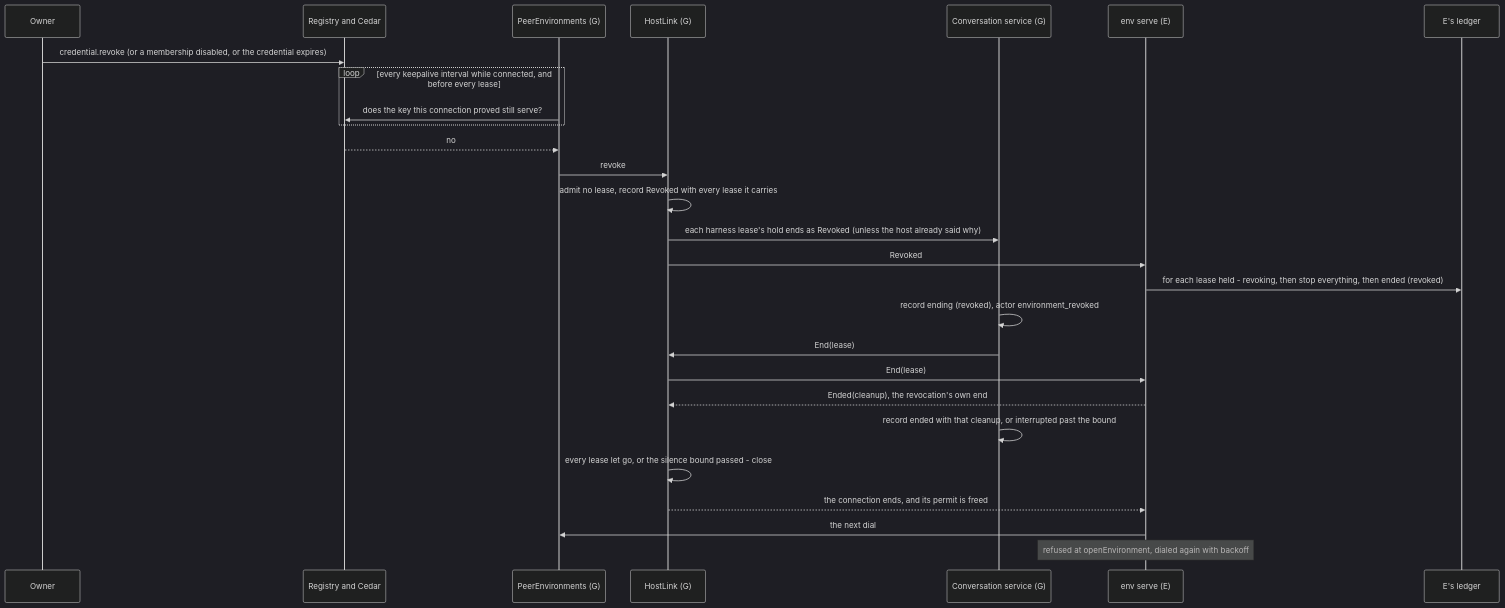
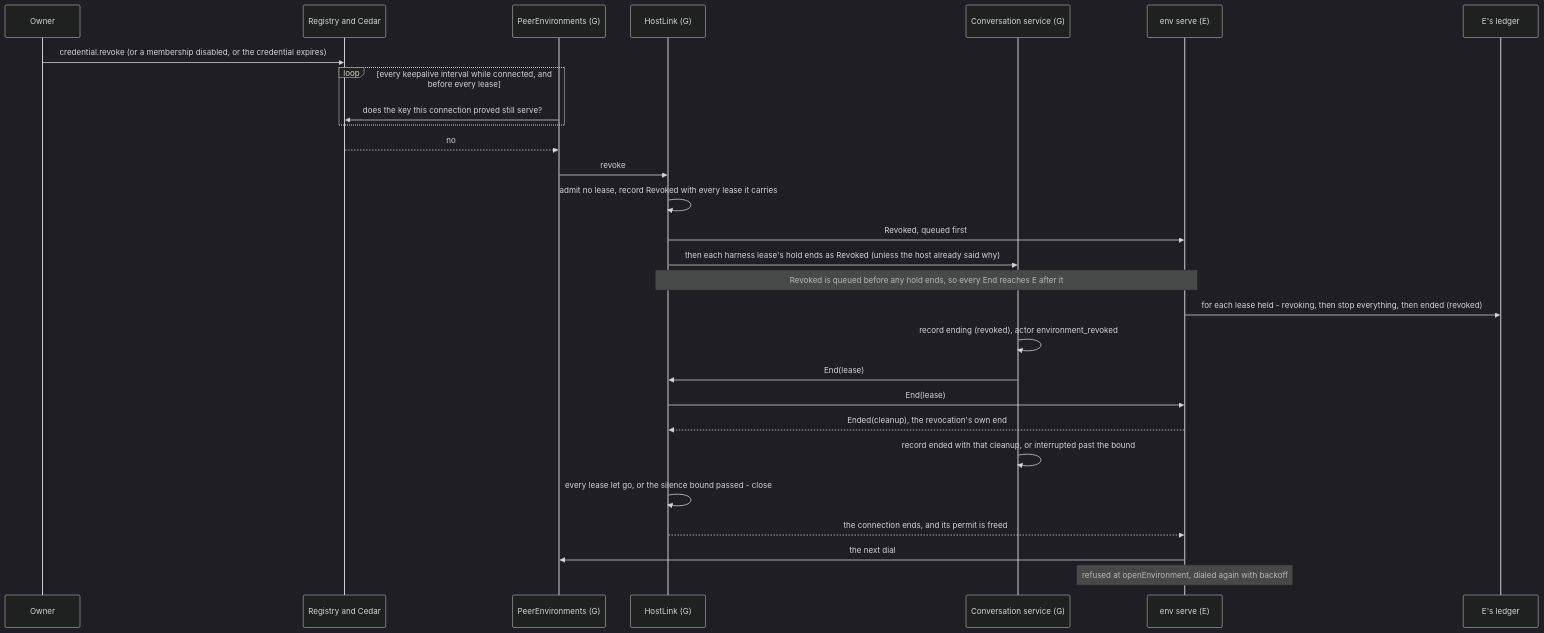
The third of 10 diagrams in docs/design/auth/peer-gateways.md (nessalabs/nessa-agent), drawn with Mermaid (dark theme) before and after one commit. The commit also changed other lines of this file and 8 other files, not shown here.

````diff
--- a/docs/design/auth/peer-gateways.md
+++ b/docs/design/auth/peer-gateways.md
@@ -269,29 +269,30 @@
 ```mermaid
 sequenceDiagram
     participant O as Owner
     participant S as Registry and Cedar
     participant P as PeerEnvironments (G)
     participant L as HostLink (G)
     participant C as Conversation service (G)
     participant E as env serve (E)
     participant J as E's ledger
     O->>S: credential.revoke (or a membership disabled, or the credential expires)
     loop every keepalive interval while connected, and before every lease
         P->>S: does the key this connection proved still serve?
     end
     S-->>P: no
     P->>L: revoke
     L->>L: admit no lease, record Revoked with every lease it carries
-    L->>C: each harness lease's hold ends as Revoked (unless the host already said why)
-    L->>E: Revoked
+    L->>E: Revoked, queued first
+    L->>C: then each harness lease's hold ends as Revoked (unless the host already said why)
+    Note over L,E: Revoked is queued before any hold ends, so every End reaches E after it
     E->>J: for each lease held - revoking, then stop everything, then ended (revoked)
     C->>C: record ending (revoked), actor environment_revoked
     C->>L: End(lease)
     L->>E: End(lease)
     E-->>L: Ended(cleanup), the revocation's own end
     C->>C: record ended with that cleanup, or interrupted past the bound
     L->>L: every lease let go, or the silence bound passed - close
     L-->>E: the connection ends, and its permit is freed
     E->>P: the next dial
     Note over E: refused at openEnvironment, dialed again with backoff
 ```
````
